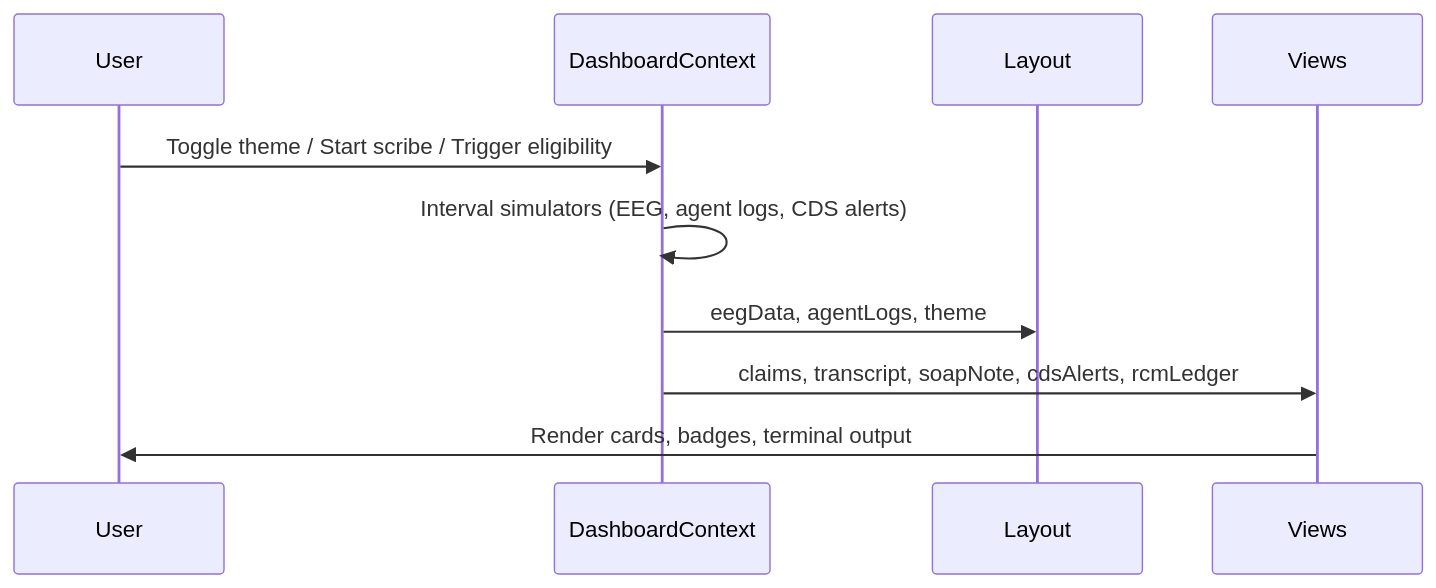
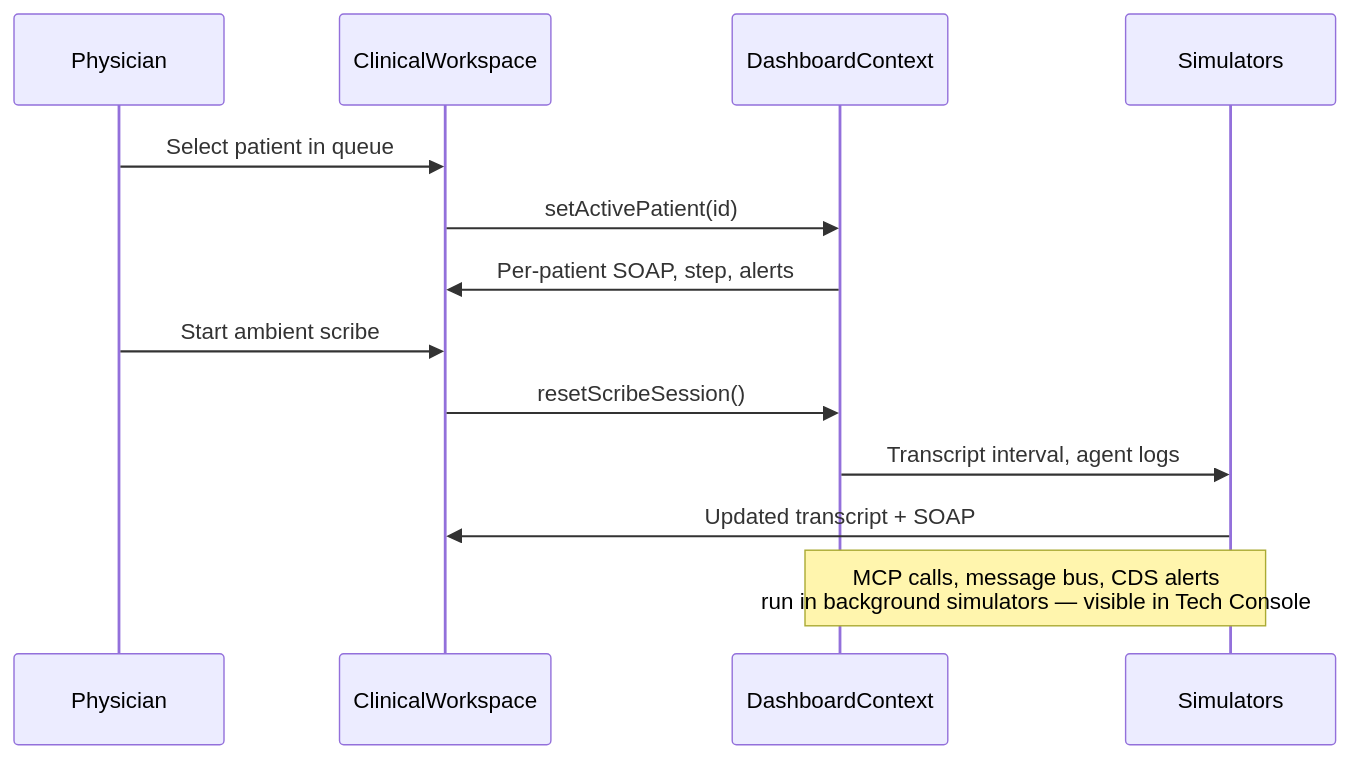
Before and after one commit to jdc88/Sage: the third of 3 diagrams in README.md, drawn with Mermaid. The commit also changed other lines of this file, not shown here.

````diff
--- a/README.md
+++ b/README.md
@@ -103,13 +156,18 @@
 ```mermaid
 sequenceDiagram
-  participant User
+  participant Physician
+  participant ClinicalWorkspace
   participant DashboardContext
-  participant Layout
-  participant Views
+  participant Simulators
 
-  User->>DashboardContext: Toggle theme / Start scribe / Trigger eligibility
-  DashboardContext->>DashboardContext: Interval simulators (EEG, agent logs, CDS alerts)
-  DashboardContext->>Layout: eegData, agentLogs, theme
-  DashboardContext->>Views: claims, transcript, soapNote, cdsAlerts, rcmLedger
-  Views->>User: Render cards, badges, terminal output
+  Physician->>ClinicalWorkspace: Select patient in queue
+  ClinicalWorkspace->>DashboardContext: setActivePatient(id)
+  DashboardContext->>ClinicalWorkspace: Per-patient SOAP, step, alerts
+
+  Physician->>ClinicalWorkspace: Start ambient scribe
+  ClinicalWorkspace->>DashboardContext: resetScribeSession()
+  DashboardContext->>Simulators: Transcript interval, agent logs
+  Simulators->>ClinicalWorkspace: Updated transcript + SOAP
+
+  Note over DashboardContext,Simulators: MCP calls, message bus, CDS alerts<br/>run in background simulators — visible in Tech Console
 ```
````
